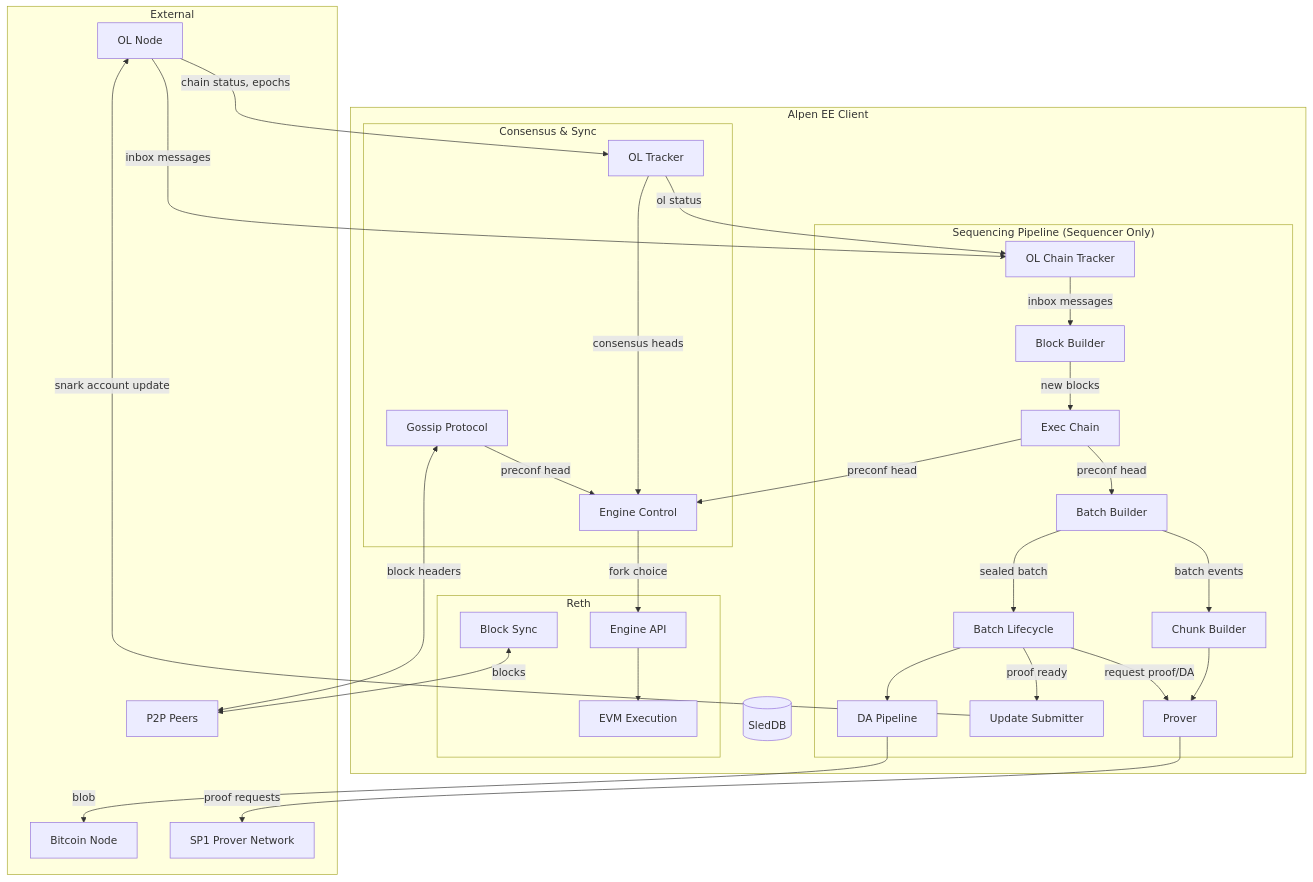
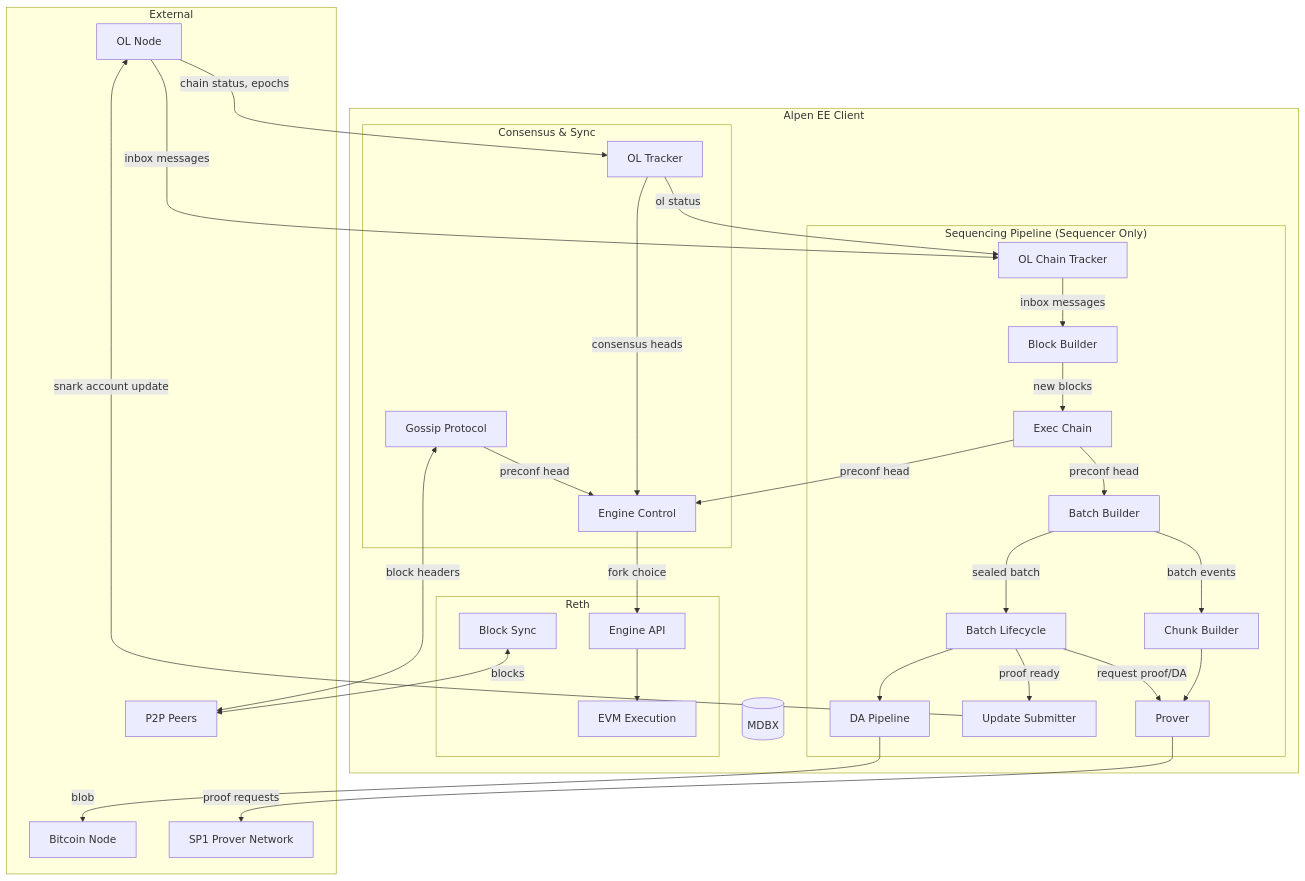
One commit to alpenlabs/alpen-ee changed the first of 8 diagrams in bin/alpen-client/README.md. Above: the diagram before and after it, drawn with Mermaid. The commit also changed other lines of this file and 48 other files, not shown here.

First line of the commit message:
Storage: move from sled to mdbx (#82)

````diff
--- a/bin/alpen-client/README.md
+++ b/bin/alpen-client/README.md
@@ -169,63 +169,63 @@
 ```mermaid
 graph TB
     subgraph External
         OL[OL Node]
         Peers[P2P Peers]
         BTC[Bitcoin Node]
         SP1[SP1 Prover Network]
     end
 
     subgraph "Alpen EE Client"
         subgraph "Consensus & Sync"
             OLT[OL Tracker]
             EC[Engine Control]
             Gossip[Gossip Protocol]
         end
 
         subgraph "Sequencing Pipeline (Sequencer Only)"
             OCT[OL Chain Tracker]
             BB[Block Builder]
             ExC[Exec Chain]
             BatB[Batch Builder]
             ChB[Chunk Builder]
             BL[Batch Lifecycle]
             PV[Prover]
             US[Update Submitter]
             DA[DA Pipeline]
         end
 
         subgraph Reth
             Engine[Engine API]
             EVM[EVM Execution]
             RethP2P[Block Sync]
         end
 
-        Storage[(SledDB)]
+        Storage[(MDBX)]
     end
 
     OL -->|chain status, epochs| OLT
     OL -->|inbox messages| OCT
     OLT -->|consensus heads| EC
     OLT -->|ol status| OCT
 
     OCT -->|inbox messages| BB
     BB -->|new blocks| ExC
     ExC -->|preconf head| EC
     EC -->|fork choice| Engine
     Engine --> EVM
 
     ExC -->|preconf head| BatB
     BatB -->|batch events| ChB
     BatB -->|sealed batch| BL
     ChB --> PV
     BL -->|request proof/DA| PV
     BL --> DA
     DA -->|blob| BTC
     PV -->|proof requests| SP1
     BL -->|proof ready| US
     US -->|snark account update| OL
 
     Gossip <-->|block headers| Peers
     Gossip -->|preconf head| EC
     RethP2P <-->|blocks| Peers
 ```
````
